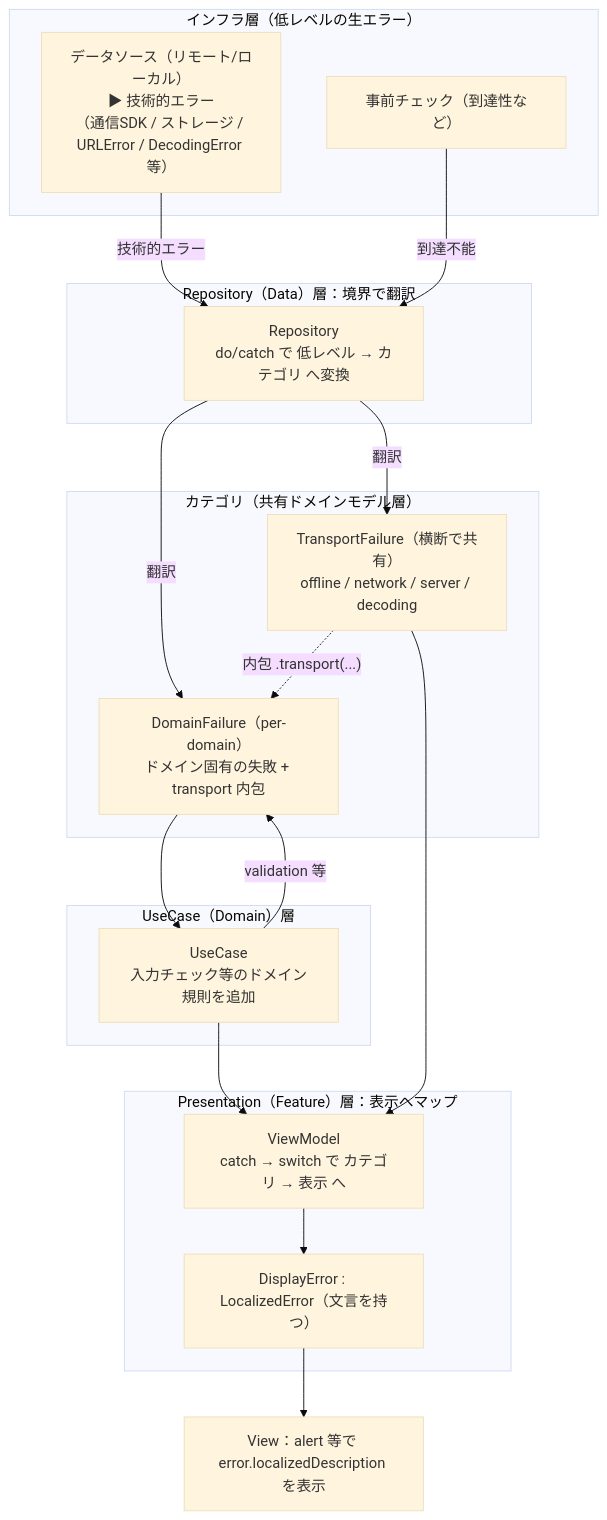
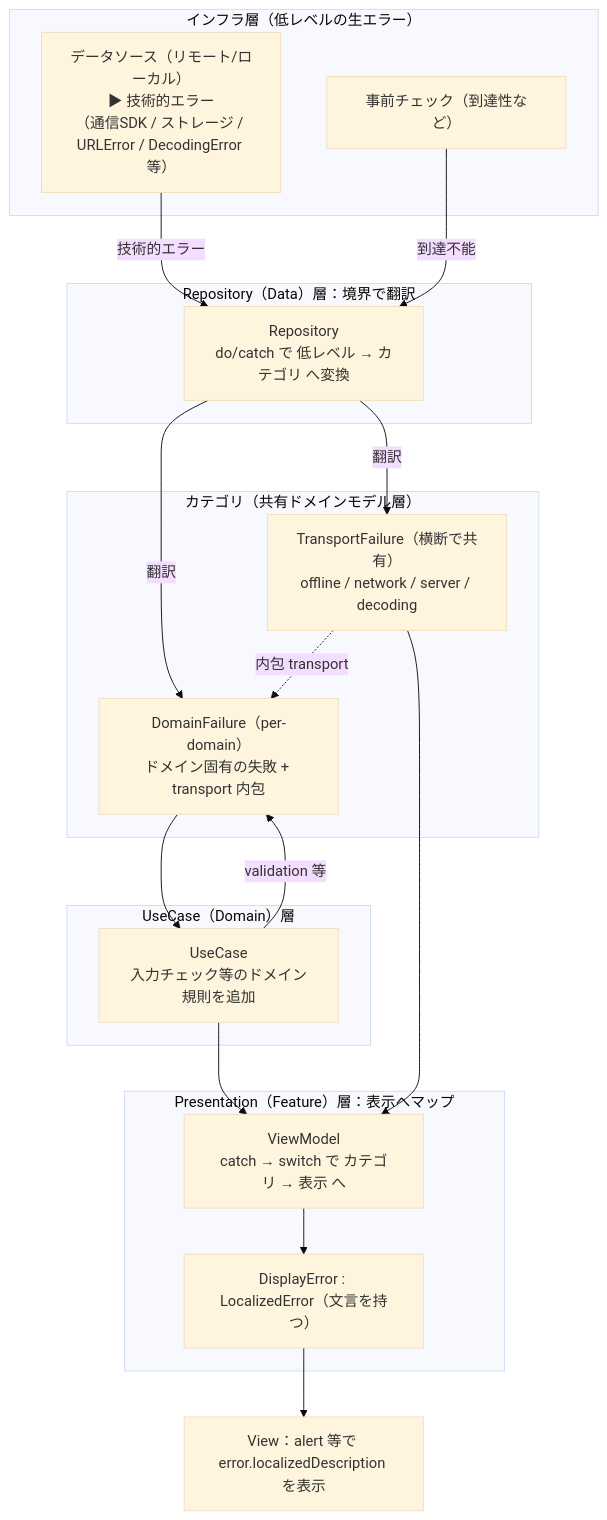
The diagram in docs/ERROR_HANDLING.md (HiroshiOshiro/iOS-POC-2), drawn with Mermaid (base theme) before and after one commit.

Commit message:
Fix Mermaid parse error in ERROR_HANDLING.md
エッジラベルを開放形＋クォート（-- "..." -->）から canonical なパイプ記法
（-->|"..."| / -.->|"..."|）へ統一。特に点線リンクのラベル内 . と () が
点線区切り .-> と衝突してパースエラーになっていたのを解消（"内包 .transport(...)" → "内包 transport"）。

````diff
--- a/docs/ERROR_HANDLING.md
+++ b/docs/ERROR_HANDLING.md
@@ -12,37 +12,37 @@
 ```mermaid
 flowchart TD
     subgraph L1["インフラ層（低レベルの生エラー）"]
         DS["データソース（リモート/ローカル）<br/>▶ 技術的エラー<br/>（通信SDK / ストレージ / URLError / DecodingError 等）"]
         PRE["事前チェック（到達性など）"]
     end
 
     subgraph L2["Repository（Data）層：境界で翻訳"]
         REPO["Repository<br/>do/catch で 低レベル → カテゴリ へ変換"]
     end
 
     subgraph L3["カテゴリ（共有ドメインモデル層）"]
         DF["DomainFailure（per-domain）<br/>ドメイン固有の失敗 + transport 内包"]
         TF["TransportFailure（横断で共有）<br/>offline / network / server / decoding"]
     end
 
     subgraph L4["UseCase（Domain）層"]
         UC["UseCase<br/>入力チェック等のドメイン規則を追加"]
     end
 
     subgraph L5["Presentation（Feature）層：表示へマップ"]
         VM["ViewModel<br/>catch → switch で カテゴリ → 表示 へ"]
         DE["DisplayError : LocalizedError（文言を持つ）"]
     end
 
     V["View：alert 等で error.localizedDescription を表示"]
 
-    DS -- "技術的エラー" --> REPO
-    PRE -- "到達不能" --> REPO
-    REPO -- "翻訳" --> DF
-    REPO -- "翻訳" --> TF
-    UC -- "validation 等" --> DF
-    TF -. "内包 .transport(...)" .-> DF
+    DS -->|"技術的エラー"| REPO
+    PRE -->|"到達不能"| REPO
+    REPO -->|"翻訳"| DF
+    REPO -->|"翻訳"| TF
+    UC -->|"validation 等"| DF
+    TF -.->|"内包 transport"| DF
     DF --> UC --> VM
     TF --> VM
     VM --> DE --> V
 ```
````
